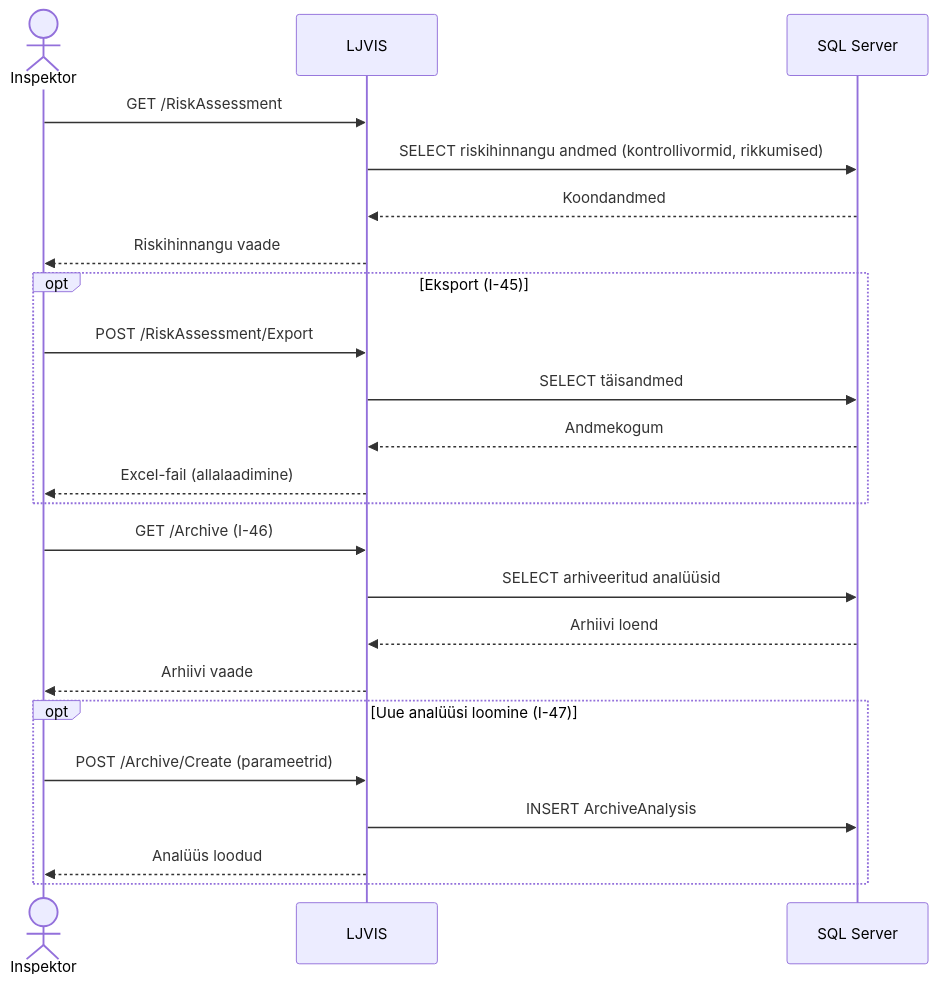
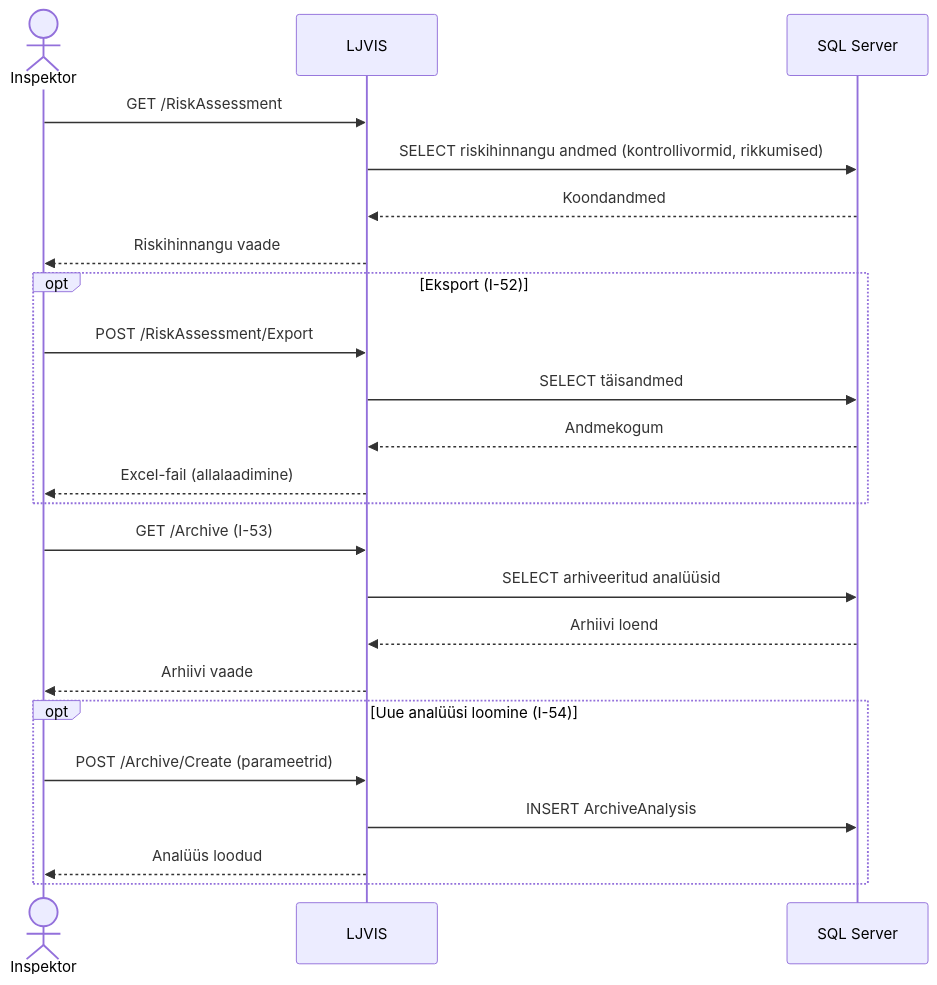
The eighth of 19 diagrams in architecture/use-cases.md (kemit-ee/ljvis-2), drawn with Mermaid before and after one commit. The commit also changed other lines of this file, not shown here.

````diff
--- a/architecture/use-cases.md
+++ b/architecture/use-cases.md
@@ -482,29 +517,29 @@
 ```mermaid
 sequenceDiagram
     actor Inspektor
     participant UI as LJVIS
     participant DB as SQL Server
 
     Inspektor->>UI: GET /RiskAssessment
     UI->>DB: SELECT riskihinnangu andmed (kontrollivormid, rikkumised)
     DB-->>UI: Koondandmed
     UI-->>Inspektor: Riskihinnangu vaade
 
-    opt Eksport (I-45)
+    opt Eksport (I-52)
         Inspektor->>UI: POST /RiskAssessment/Export
         UI->>DB: SELECT täisandmed
         DB-->>UI: Andmekogum
         UI-->>Inspektor: Excel-fail (allalaadimine)
     end
 
-    Inspektor->>UI: GET /Archive (I-46)
+    Inspektor->>UI: GET /Archive (I-53)
     UI->>DB: SELECT arhiveeritud analüüsid
     DB-->>UI: Arhiivi loend
     UI-->>Inspektor: Arhiivi vaade
 
-    opt Uue analüüsi loomine (I-47)
+    opt Uue analüüsi loomine (I-54)
         Inspektor->>UI: POST /Archive/Create (parameetrid)
         UI->>DB: INSERT ArchiveAnalysis
         UI-->>Inspektor: Analüüs loodud
     end
 ```
````
